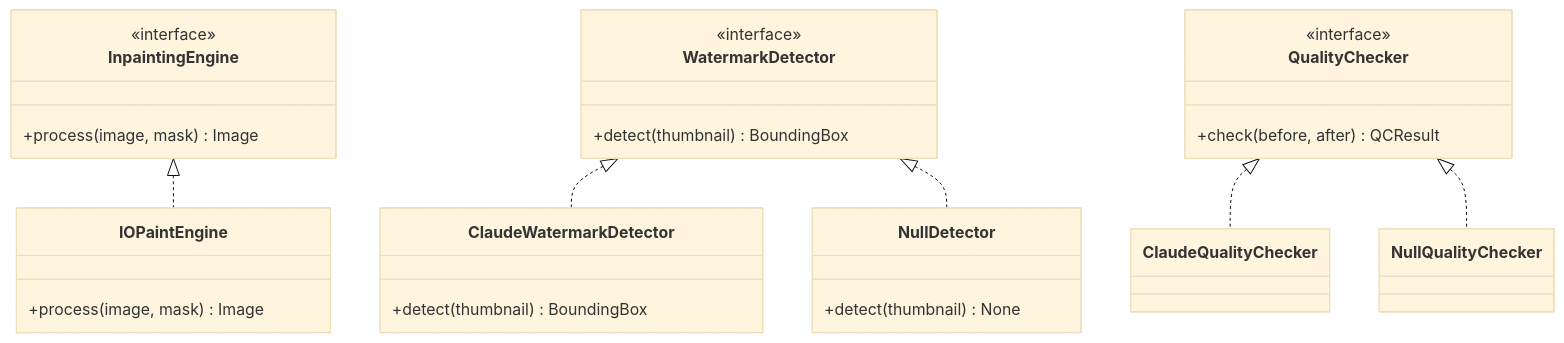
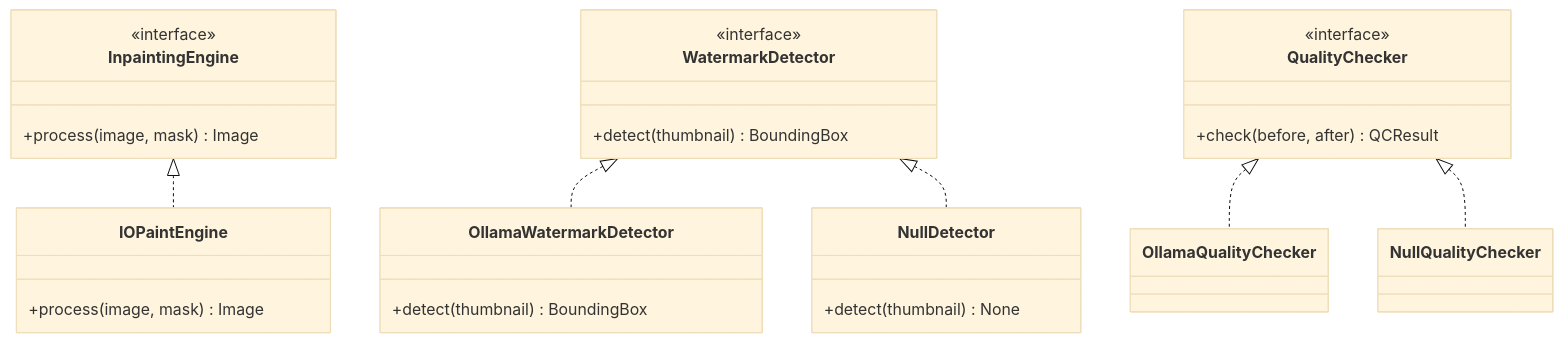
Before and after one commit to camilovas/watermark-remover: the first of 4 diagrams in docs/architecture/detailed.md, drawn with Mermaid (base theme). The commit also changed other lines of this file and 17 other files, not shown here.

First line of the commit message:
Pivote de arquitectura: reemplaza Claude API por Ollama local

````diff
--- a/docs/architecture/detailed.md
+++ b/docs/architecture/detailed.md
@@ -40,32 +40,32 @@
 ```mermaid
 classDiagram
     class InpaintingEngine {
         <<interface>>
         +process(image, mask) Image
     }
     class IOPaintEngine {
         +process(image, mask) Image
     }
     class WatermarkDetector {
         <<interface>>
         +detect(thumbnail) BoundingBox
     }
-    class ClaudeWatermarkDetector {
+    class OllamaWatermarkDetector {
         +detect(thumbnail) BoundingBox
     }
     class NullDetector {
         +detect(thumbnail) None
     }
     class QualityChecker {
         <<interface>>
         +check(before, after) QCResult
     }
-    class ClaudeQualityChecker
+    class OllamaQualityChecker
     class NullQualityChecker
 
     InpaintingEngine <|.. IOPaintEngine
-    WatermarkDetector <|.. ClaudeWatermarkDetector
+    WatermarkDetector <|.. OllamaWatermarkDetector
     WatermarkDetector <|.. NullDetector
-    QualityChecker <|.. ClaudeQualityChecker
+    QualityChecker <|.. OllamaQualityChecker
     QualityChecker <|.. NullQualityChecker
 ```
````
